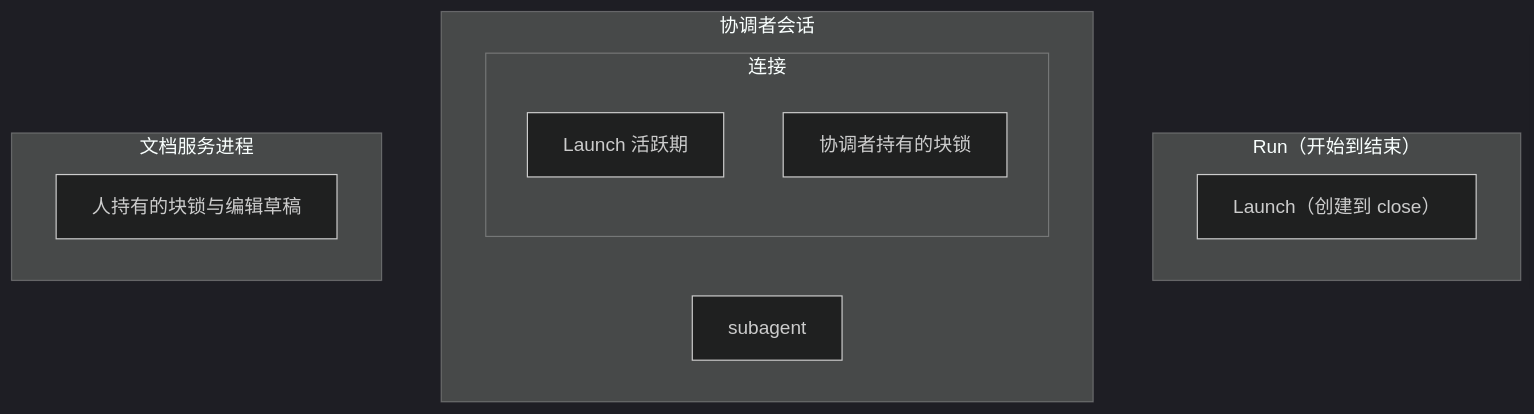
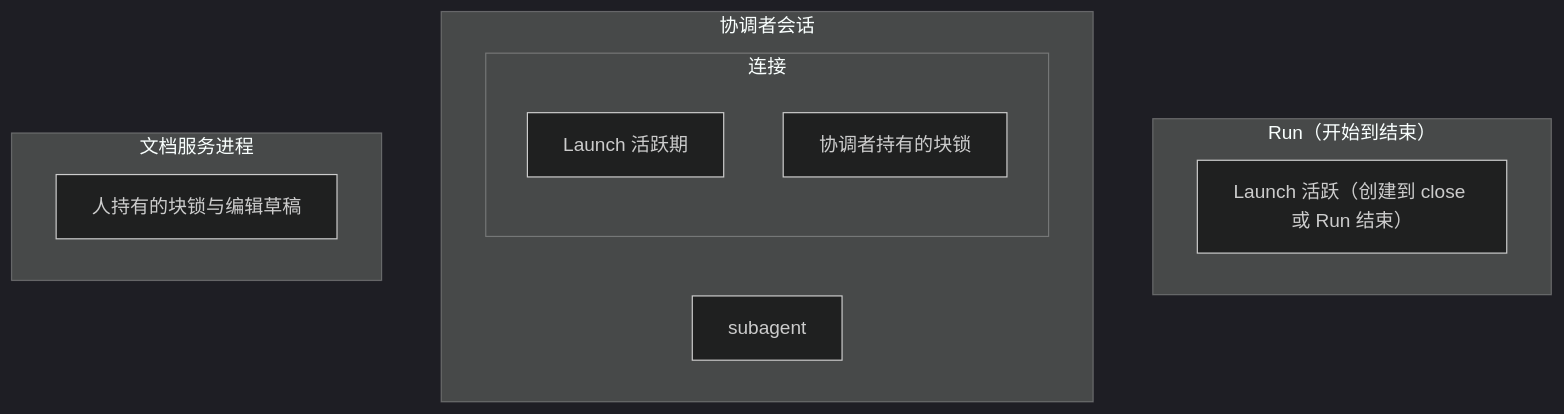
One commit to mouriya-s-lab/tern-playbooks changed the second of 4 diagrams in design/README.md. Above: the diagram before and after it, drawn with Mermaid (dark theme). The commit also changed other lines of this file and 5 other files, not shown here.

````diff
--- a/design/README.md
+++ b/design/README.md
@@ -248,16 +250,16 @@
 ```mermaid
 flowchart TB
   subgraph RunLife["Run（开始到结束）"]
-    LaunchLife["Launch（创建到 close）"]
+    LaunchLife["Launch 活跃（创建到 close 或 Run 结束）"]
   end
   subgraph CoordLife["协调者会话"]
     subgraph Conn["连接"]
       Active["Launch 活跃期"]
       AgentLock["协调者持有的块锁"]
     end
     SubLife["subagent"]
   end
   subgraph DocLife["文档服务进程"]
     HumanLock["人持有的块锁与编辑草稿"]
   end
 ```
````
